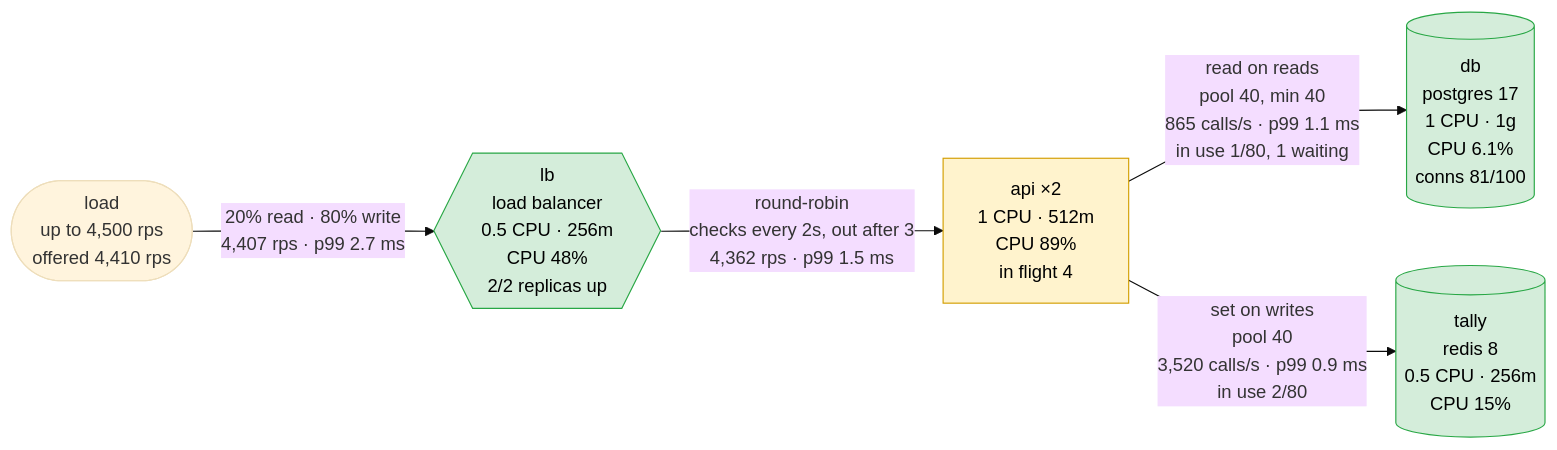
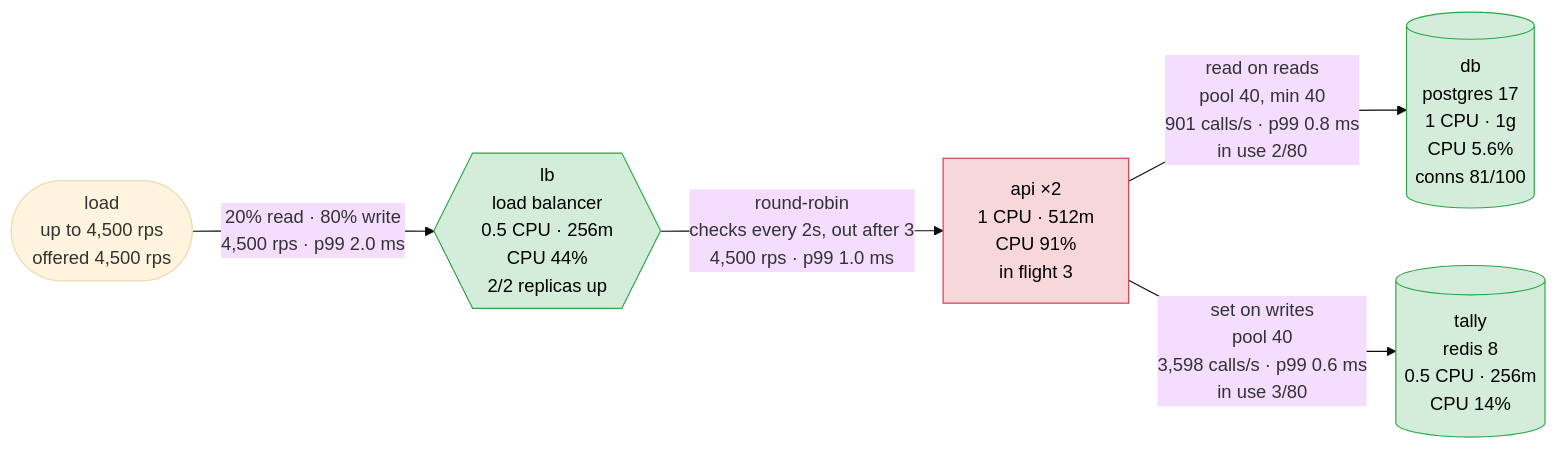
One commit to akinfemi/load-lore changed the first of 5 diagrams in scenarios/live-vote/solutions/redis-tally/report.md. Above: the diagram before and after it, drawn with Mermaid (base theme). The commit also changed other lines of this file and 8 other files, not shown here.

````diff
--- a/scenarios/live-vote/solutions/redis-tally/report.md
+++ b/scenarios/live-vote/solutions/redis-tally/report.md
@@ -15,17 +15,17 @@
 ```mermaid
 flowchart LR
-    load(["load<br/>up to 4,500 rps<br/>offered 4,410 rps"])
-    lb{{"lb<br/>load balancer<br/>0.5 CPU · 256m<br/>CPU 48%<br/>2/2 replicas up"}}
-    api["api ×2<br/>1 CPU · 512m<br/>CPU 89%<br/>in flight 4"]
-    db[("db<br/>postgres 17<br/>1 CPU · 1g<br/>CPU 6.1%<br/>conns 81/100")]
-    tally[("tally<br/>redis 8<br/>0.5 CPU · 256m<br/>CPU 15%")]
-    load -->|"20% read · 80% write<br/>4,407 rps · p99 2.7 ms"| lb
-    lb -->|"round-robin<br/>checks every 2s, out after 3<br/>4,362 rps · p99 1.5 ms"| api
-    api -->|"read on reads<br/>pool 40, min 40<br/>865 calls/s · p99 1.1 ms<br/>in use 1/80, 1 waiting"| db
-    api -->|"set on writes<br/>pool 40<br/>3,520 calls/s · p99 0.9 ms<br/>in use 2/80"| tally
+    load(["load<br/>up to 4,500 rps<br/>offered 4,500 rps"])
+    lb{{"lb<br/>load balancer<br/>0.5 CPU · 256m<br/>CPU 44%<br/>2/2 replicas up"}}
+    api["api ×2<br/>1 CPU · 512m<br/>CPU 91%<br/>in flight 3"]
+    db[("db<br/>postgres 17<br/>1 CPU · 1g<br/>CPU 5.6%<br/>conns 81/100")]
+    tally[("tally<br/>redis 8<br/>0.5 CPU · 256m<br/>CPU 14%")]
+    load -->|"20% read · 80% write<br/>4,500 rps · p99 2.0 ms"| lb
+    lb -->|"round-robin<br/>checks every 2s, out after 3<br/>4,500 rps · p99 1.0 ms"| api
+    api -->|"read on reads<br/>pool 40, min 40<br/>901 calls/s · p99 0.8 ms<br/>in use 2/80"| db
+    api -->|"set on writes<br/>pool 40<br/>3,598 calls/s · p99 0.6 ms<br/>in use 3/80"| tally
     classDef ok fill:#d4edda,stroke:#28a745,color:#000
     classDef warm fill:#fff3cd,stroke:#d39e00,color:#000
     classDef hot fill:#f8d7da,stroke:#dc3545,color:#000
     class lb,db,tally ok
-    class api warm
+    class api hot
 ```
````
